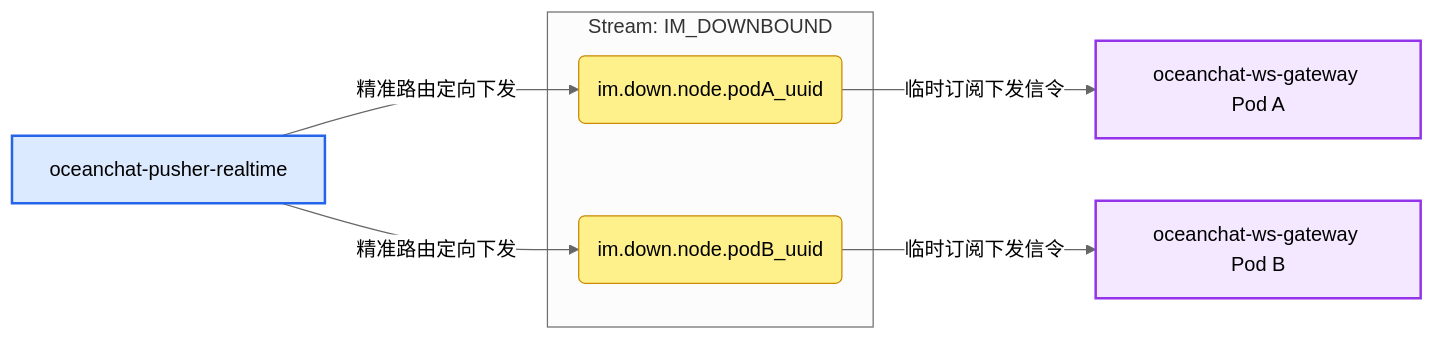
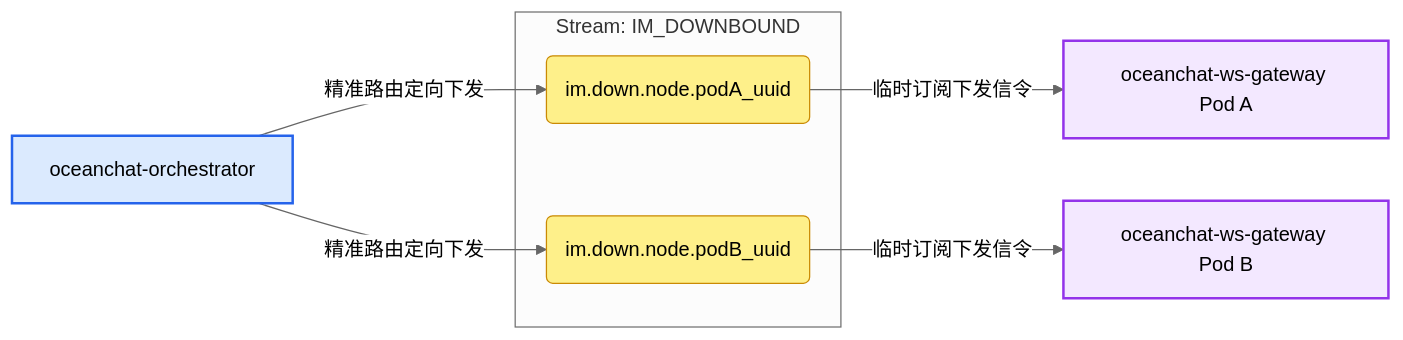
Before and after one commit to JamesWilson19970101/ocean.chat.docs: the tenth of 13 diagrams in i18n/zh-CN/docusaurus-plugin-content-docs/current/devdocs/jetstream-strategy.md, drawn with Mermaid (neutral theme). The commit also changed other lines of this file and 5 other files, not shown here.

First line of the commit message:
docs: mark pusher-realtime reserved; orchestrator owns online fan-out

````diff
--- a/i18n/zh-CN/docusaurus-plugin-content-docs/current/devdocs/jetstream-strategy.md
+++ b/i18n/zh-CN/docusaurus-plugin-content-docs/current/devdocs/jetstream-strategy.md
@@ -471,20 +471,20 @@
 ```mermaid
 flowchart LR
   classDef gateway fill:#f3e8ff,stroke:#9333ea,stroke-width:2px,color:#000;
   classDef service fill:#dbeafe,stroke:#2563eb,stroke-width:2px,color:#000;
   classDef subject fill:#fef08a,stroke:#ca8a04,stroke-width:1px,color:#000;
 
-  P[oceanchat-pusher-realtime]:::service
+  P[oceanchat-orchestrator]:::service
   C1[oceanchat-ws-gateway Pod A]:::gateway
   C2[oceanchat-ws-gateway Pod B]:::gateway
 
   subgraph Stream: IM_DOWNBOUND
     SUB1(im.down.node.podA_uuid):::subject
     SUB2(im.down.node.podB_uuid):::subject
   end
 
   P -- 精准路由定向下发 --> SUB1
   P -- 精准路由定向下发 --> SUB2
   SUB1 -- 临时订阅下发信令 --> C1
   SUB2 -- 临时订阅下发信令 --> C2
 ```
````
